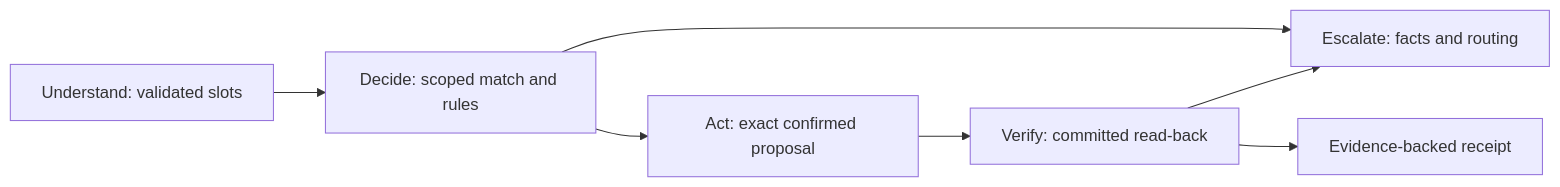
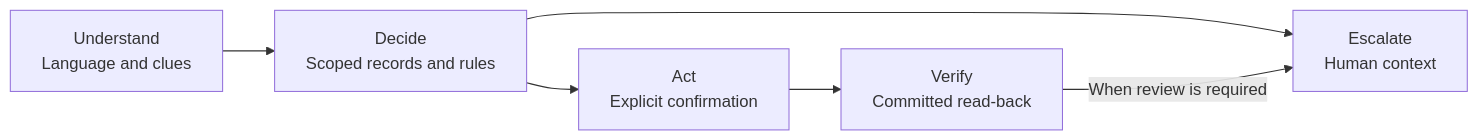
One commit to sebastian-gm/factored-hackathon-2026-sebastian changed the diagram in docs/submission/slides.md. Above: the diagram before and after it, drawn with Mermaid. The commit also changed other lines of this file and 3 other files, not shown here.

````diff
--- a/docs/submission/slides.md
+++ b/docs/submission/slides.md
@@ -48,9 +69,8 @@
 ```mermaid
 flowchart LR
-  U[Understand: validated slots] --> D[Decide: scoped match and rules]
-  D --> A[Act: exact confirmed proposal]
-  A --> V[Verify: committed read-back]
-  D --> E[Escalate: facts and routing]
-  V --> E
-  V --> R[Evidence-backed receipt]
+  U[Understand<br/>Language and clues] --> D[Decide<br/>Scoped records and rules]
+  D --> A[Act<br/>Explicit confirmation]
+  A --> V[Verify<br/>Committed read-back]
+  D --> E[Escalate<br/>Human context]
+  V -->|When review is required| E
 ```
````
